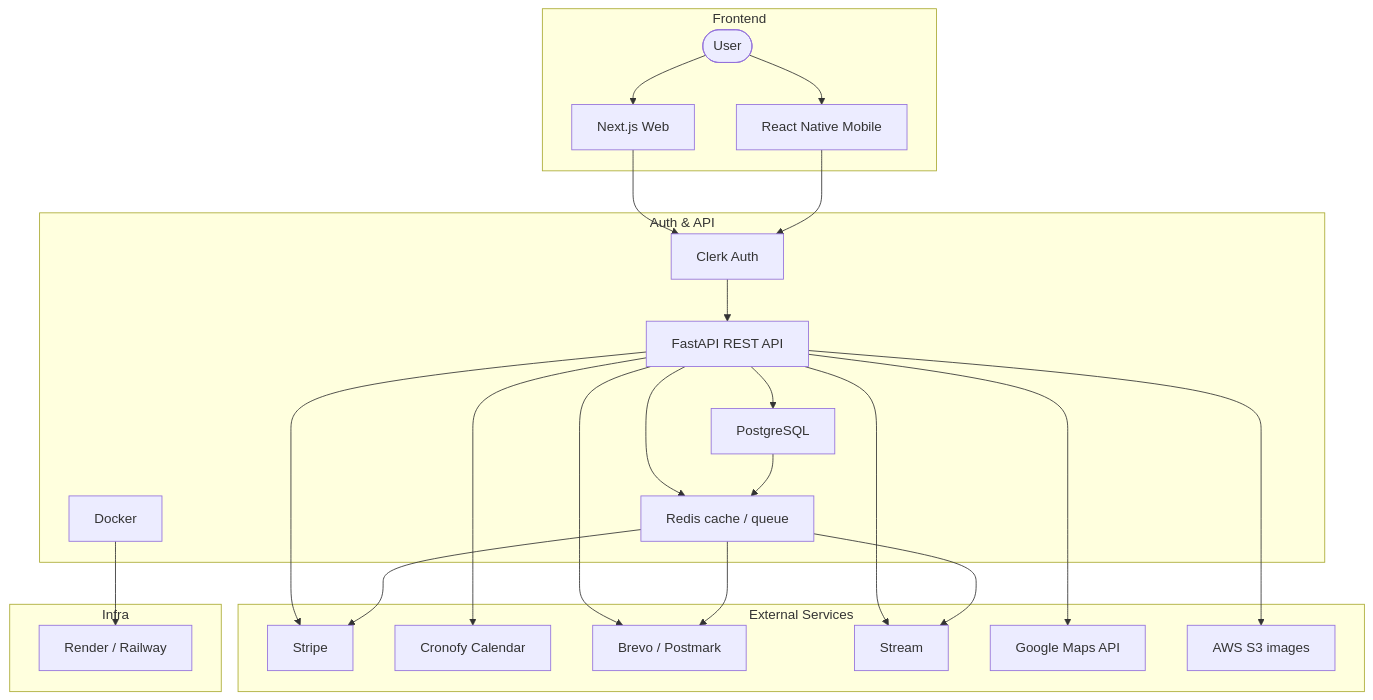
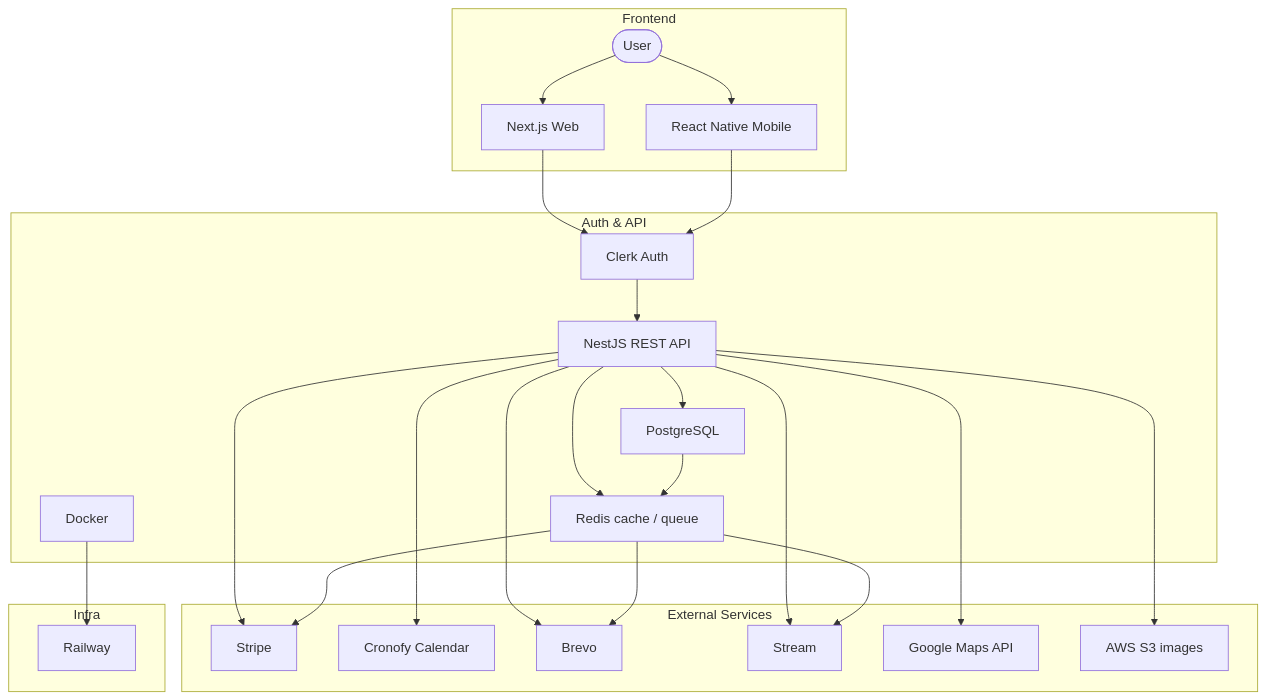
Before and after one commit to LabsFood/LF-BackEnd: the diagram in stack.md, drawn with Mermaid. The commit also changed other lines of this file and 36 other files, not shown here.

First line of the commit message:
Drop FastAPI primary API and pivot stack to NestJS+Fastify

````diff
--- a/stack.md
+++ b/stack.md
@@ -64,55 +64,53 @@
 ``` mermaid
 graph TD
     subgraph Frontend
         A([User])
         B[Next.js Web]
         C[React Native Mobile]
     end
 
-    subgraph Auth & API
+    subgraph Auth_and_API["Auth & API"]
         D[Clerk Auth]
-        E[FastAPI REST API]
+        E[NestJS REST API]
         F[Docker]
         G[Redis cache / queue]
         H[PostgreSQL]
     end
 
-    subgraph External Services
+    subgraph External_Services["External Services"]
         I[Stripe]
         J[Cronofy Calendar]
-        K[Brevo / Postmark]
+        K[Brevo]
         L[Stream]
         M[Google Maps API]
         N[AWS S3 images]
     end
 
     subgraph Infra
-        O[Render / Railway]
+        O[Railway]
     end
 
-    %% Flow
     A --> B
     A --> C
     B --> D
     C --> D
     D --> E
 
     E --> H
     E --> G
 
     E --> I
     E --> J
     E --> K
     E --> L
     E --> M
     E --> N
 
     G --> K
     G --> L
     G --> I
 
     H --> G
 
     F --> O
-
 ```
````
